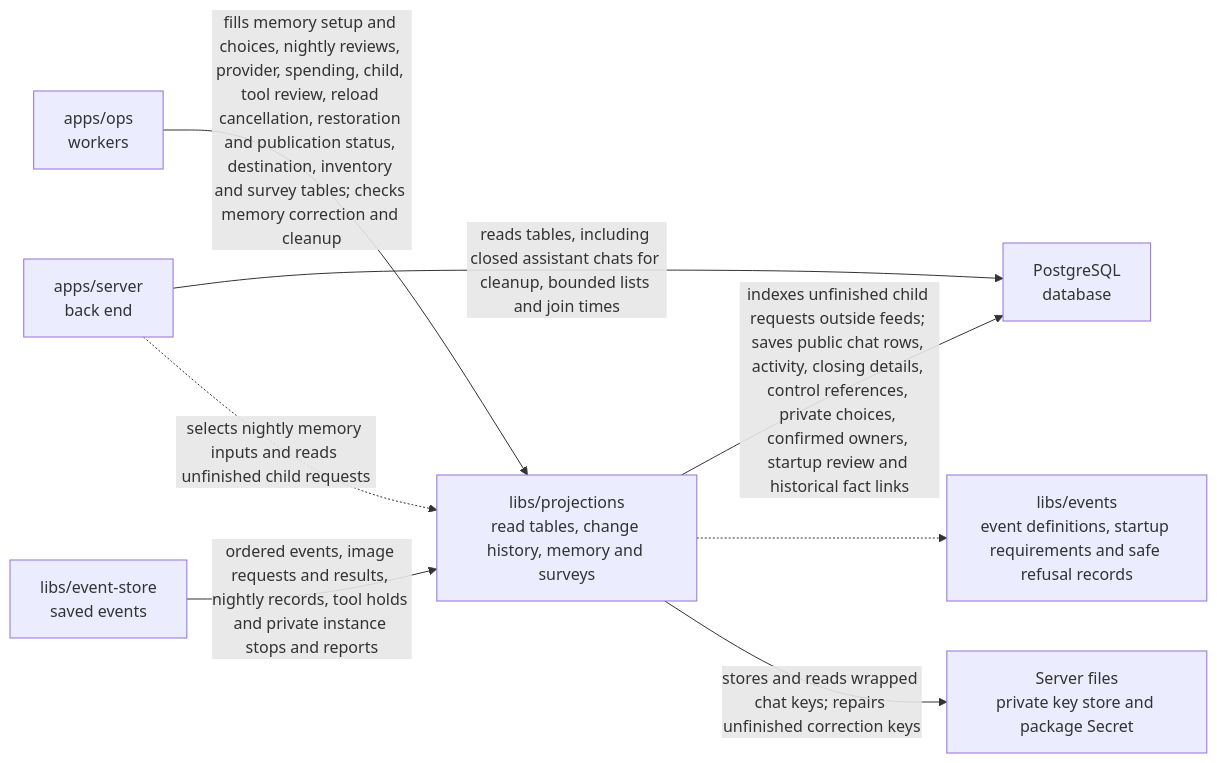
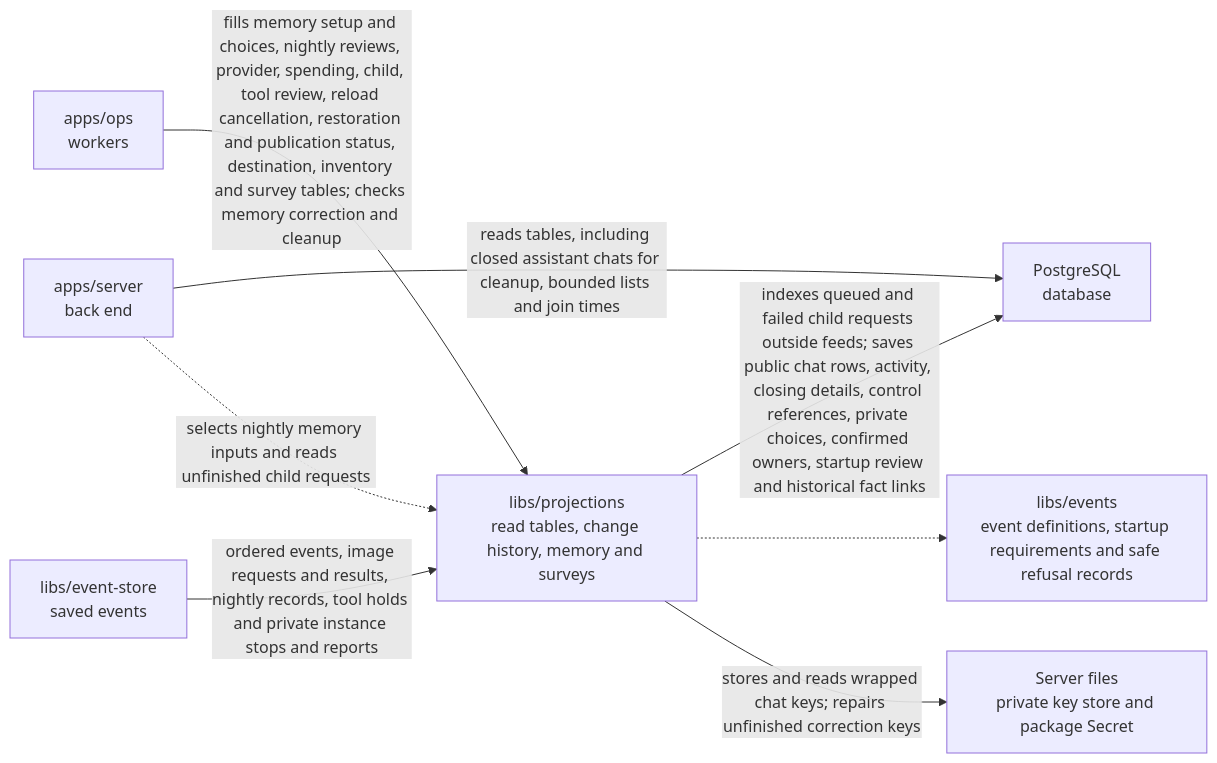
Before and after one commit to elewa-git/opencrane-new: the diagram in libs/projections/README.md, drawn with Mermaid. The commit also changed other lines of this file and 25 other files, not shown here.

````diff
--- a/libs/projections/README.md
+++ b/libs/projections/README.md
@@ -23,10 +23,10 @@
 ```mermaid
 flowchart LR
   ops["apps/ops<br/>workers"] -->|fills memory setup and choices, nightly reviews, provider, spending, child, tool review, reload cancellation, restoration and publication status, destination, inventory and survey tables; checks memory correction and cleanup| projections["libs/projections<br/>read tables, change history, memory and surveys"]
   server["apps/server<br/>back end"] -->|reads tables, including closed assistant chats for cleanup, bounded lists and join times| pg["PostgreSQL<br/>database"]
-  projections -->|indexes unfinished child requests outside feeds; saves public chat rows, activity, closing details, control references, private choices, confirmed owners, startup review and historical fact links| pg
+  projections -->|indexes queued and failed child requests outside feeds; saves public chat rows, activity, closing details, control references, private choices, confirmed owners, startup review and historical fact links| pg
   store["libs/event-store<br/>saved events"] -->|ordered events, image requests and results, nightly records, tool holds and private instance stops and reports| projections
   server -.->|selects nightly memory inputs and reads unfinished child requests| projections
   projections -.-> events["libs/events<br/>event definitions, startup requirements and safe refusal records"]
   projections -->|stores and reads wrapped chat keys; repairs unfinished correction keys| keys["Server files<br/>private key store and package Secret"]
 ```
````
